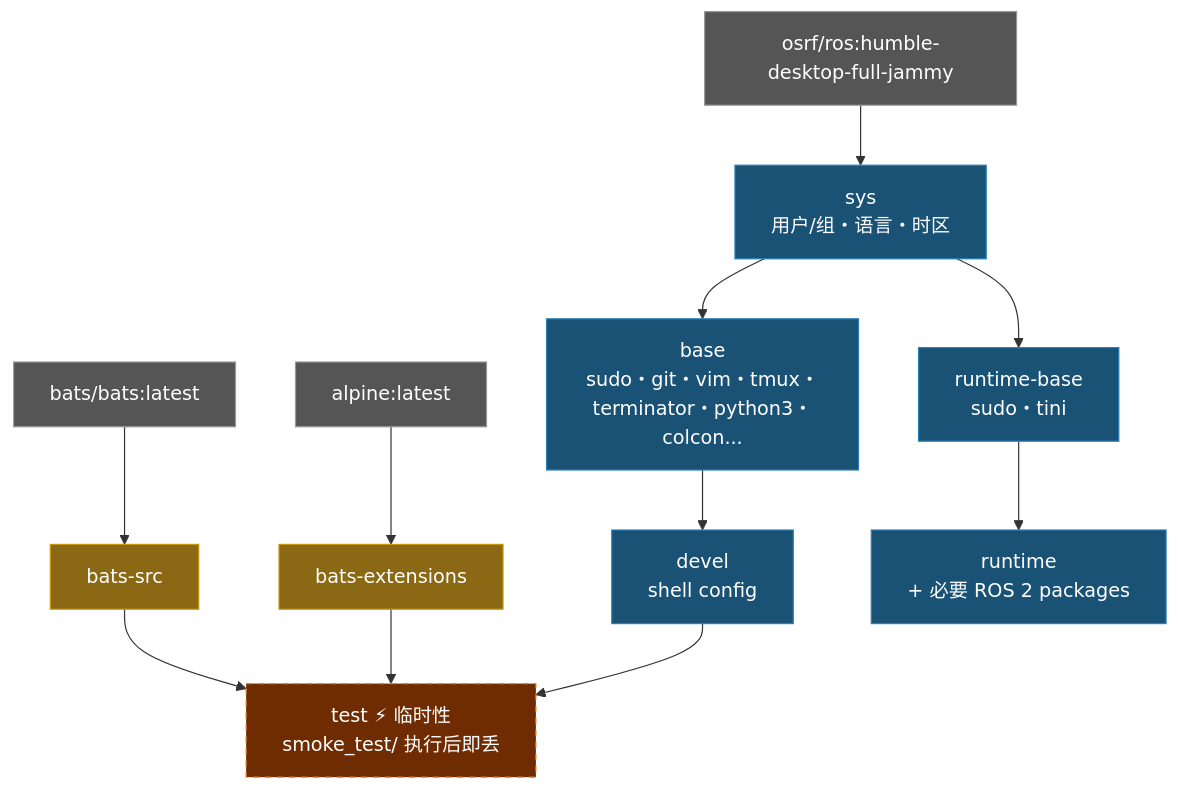
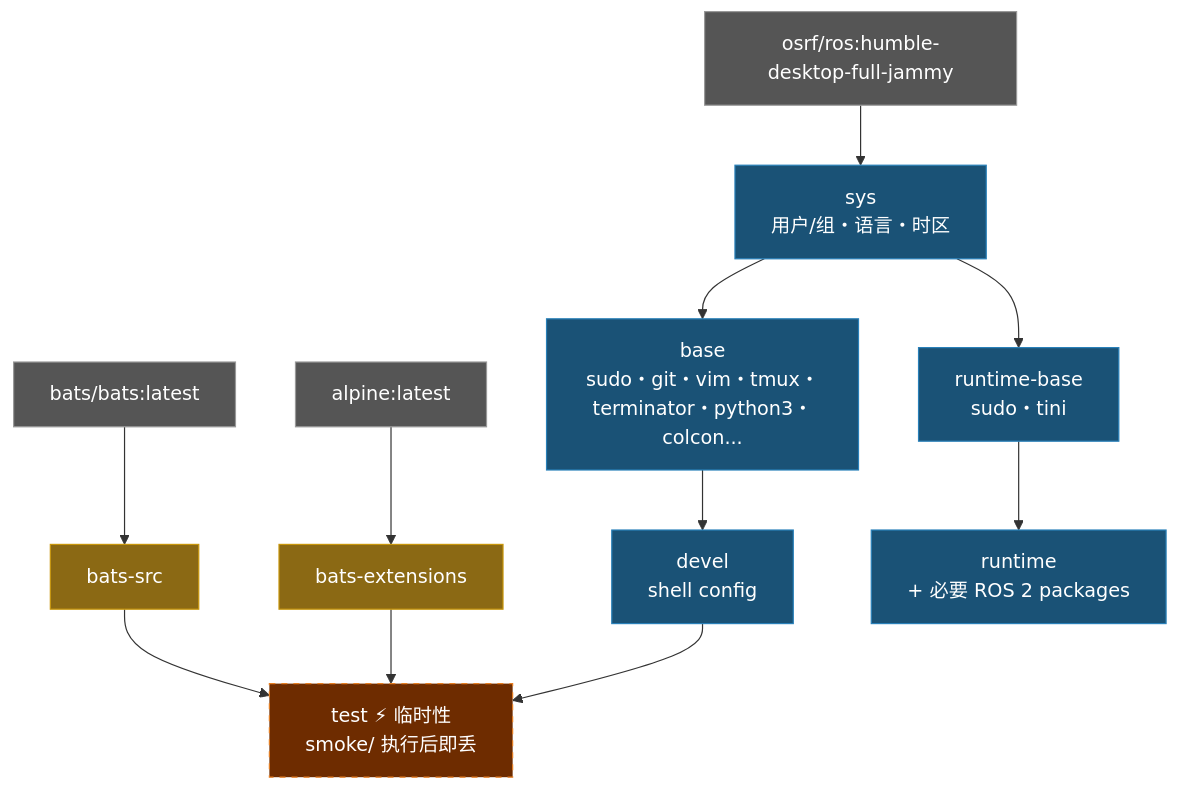
Before and after one commit to ycpss91255-docker/osrf_ros2_humble: the diagram in doc/README.zh-CN.md, drawn with Mermaid. The commit also changed other lines of this file and 21 other files, not shown here.

````diff
--- a/doc/README.zh-CN.md
+++ b/doc/README.zh-CN.md
@@ -235,26 +235,26 @@
 ```mermaid
 graph TD
     EXT1["bats/bats:latest"]:::external
     EXT2["alpine:latest"]:::external
     EXT3["osrf/ros:humble-desktop-full-jammy"]:::external
 
     EXT1 --> bats-src["bats-src"]:::tool
     EXT2 --> bats-ext["bats-extensions"]:::tool
 
     EXT3 --> sys["sys\n用户/组・语言・时区"]:::stage
 
     sys --> base["base\nsudo・git・vim・tmux・terminator・python3・colcon..."]:::stage
     base --> devel["devel\nshell config"]:::stage
 
-    bats-src --> test["test  ⚡ 临时性\nsmoke_test/ 执行后即丢"]:::ephemeral
+    bats-src --> test["test  ⚡ 临时性\nsmoke/ 执行后即丢"]:::ephemeral
     bats-ext --> test
     devel --> test
 
     sys --> runtime-base["runtime-base\nsudo・tini"]:::stage
     runtime-base --> runtime["runtime\n+ 必要 ROS 2 packages"]:::stage
 
     classDef external fill:#555,color:#fff,stroke:#999
     classDef tool fill:#8B6914,color:#fff,stroke:#c8960c
     classDef stage fill:#1a5276,color:#fff,stroke:#2980b9
     classDef ephemeral fill:#6e2c00,color:#fff,stroke:#e67e22,stroke-dasharray:5 5
 ```
````
